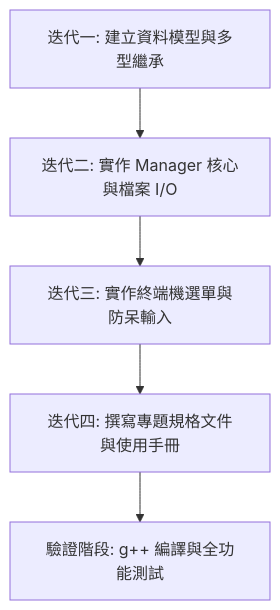
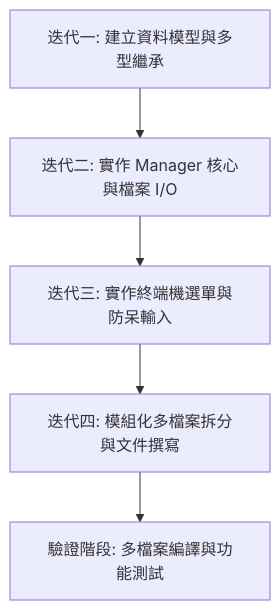
One commit to baichengchen00-bot/homeworl123 changed the diagram in README.md. Above: the diagram before and after it, drawn with Mermaid. The commit also changed other lines of this file and 5 other files, not shown here.

````diff
--- a/README.md
+++ b/README.md
@@ -54,7 +71,7 @@
 ```mermaid
 graph TD
     A[迭代一: 建立資料模型與多型繼承] --> B[迭代二: 實作 Manager 核心與檔案 I/O]
     B --> C[迭代三: 實作終端機選單與防呆輸入]
-    C --> D[迭代四: 撰寫專題規格文件與使用手冊]
-    D --> E[驗證階段: g++ 編譯與全功能測試]
+    C --> D[迭代四: 模組化多檔案拆分與文件撰寫]
+    D --> E[驗證階段: 多檔案編譯與功能測試]
 ```
````
